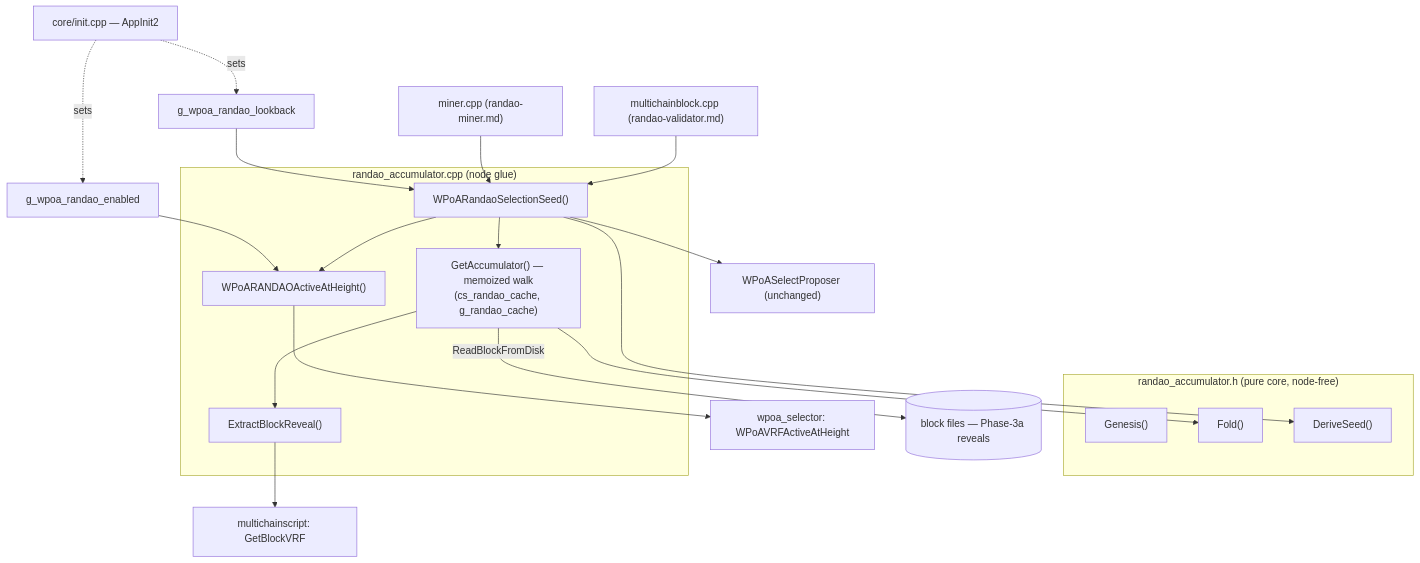
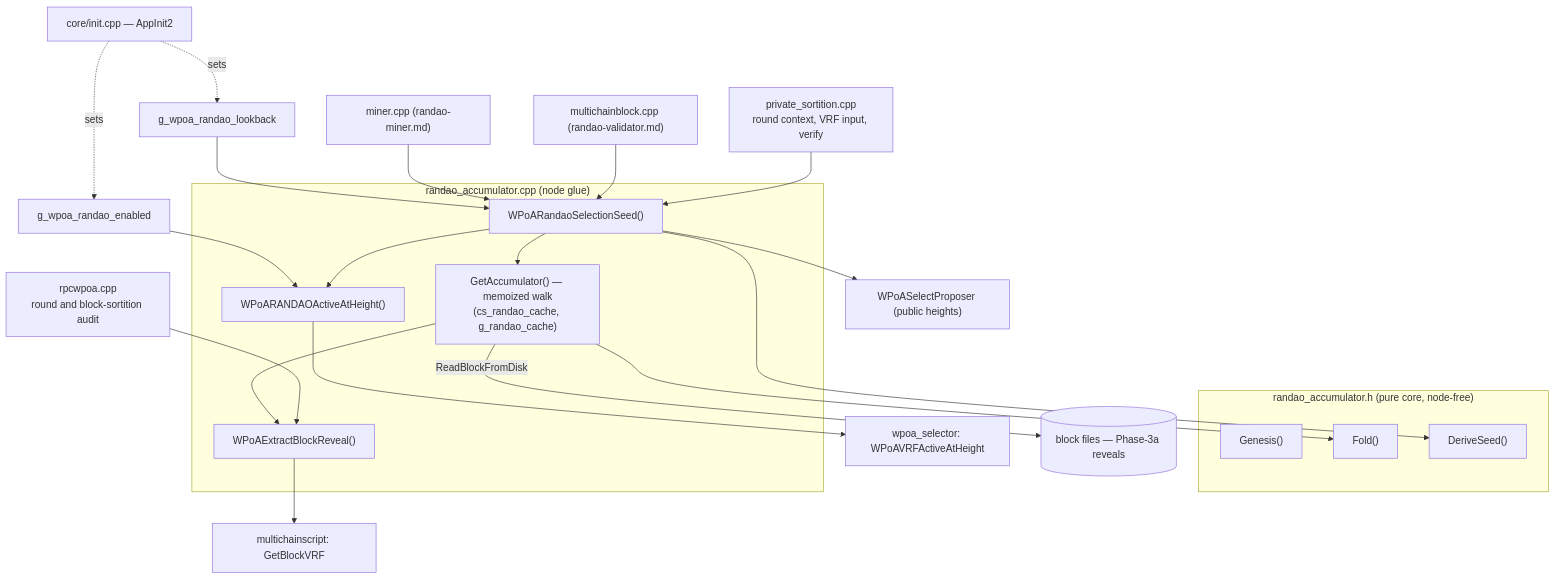
Before and after one commit to FeMattu/multichain: the diagram in docs/randao-accumulator.md, drawn with Mermaid. The commit also changed other lines of this file and 44 other files, not shown here.

````diff
--- a/docs/randao-accumulator.md
+++ b/docs/randao-accumulator.md
@@ -682,33 +695,35 @@
 ```mermaid
 flowchart TD
     subgraph core ["randao_accumulator.h (pure core, node-free)"]
         GEN["Genesis()"]
         FOLD["Fold()"]
         SEED["DeriveSeed()"]
     end
 
     subgraph glue ["randao_accumulator.cpp (node glue)"]
         GATE["WPoARANDAOActiveAtHeight()"]
         WALK["GetAccumulator() — memoized walk<br/>(cs_randao_cache, g_randao_cache)"]
-        EXTRACT["ExtractBlockReveal()"]
+        EXTRACT["WPoAExtractBlockReveal()"]
         HELPER["WPoARandaoSelectionSeed()"]
     end
 
     INIT["core/init.cpp — AppInit2"] -.sets.-> G1["g_wpoa_randao_enabled"]
     INIT -.sets.-> G2["g_wpoa_randao_lookback"]
     G1 --> GATE
     G2 --> HELPER
 
     HELPER --> GATE
     HELPER --> WALK
     HELPER --> SEED
     WALK --> EXTRACT
     WALK --> FOLD
     GATE --> SELGATE["wpoa_selector: WPoAVRFActiveAtHeight"]
     EXTRACT --> ENC["multichainscript: GetBlockVRF"]
     WALK -->|ReadBlockFromDisk| DISK[("block files — Phase-3a reveals")]
 
     MINER["miner.cpp (randao-miner.md)"] --> HELPER
     VALID["multichainblock.cpp (randao-validator.md)"] --> HELPER
-    HELPER --> SELECT["WPoASelectProposer (unchanged)"]
+    SORT["private_sortition.cpp<br/>round context, VRF input, verify"] --> HELPER
+    RPC["rpcwpoa.cpp<br/>round and block-sortition audit"] --> EXTRACT
+    HELPER --> SELECT["WPoASelectProposer (public heights)"]
 ```
````
